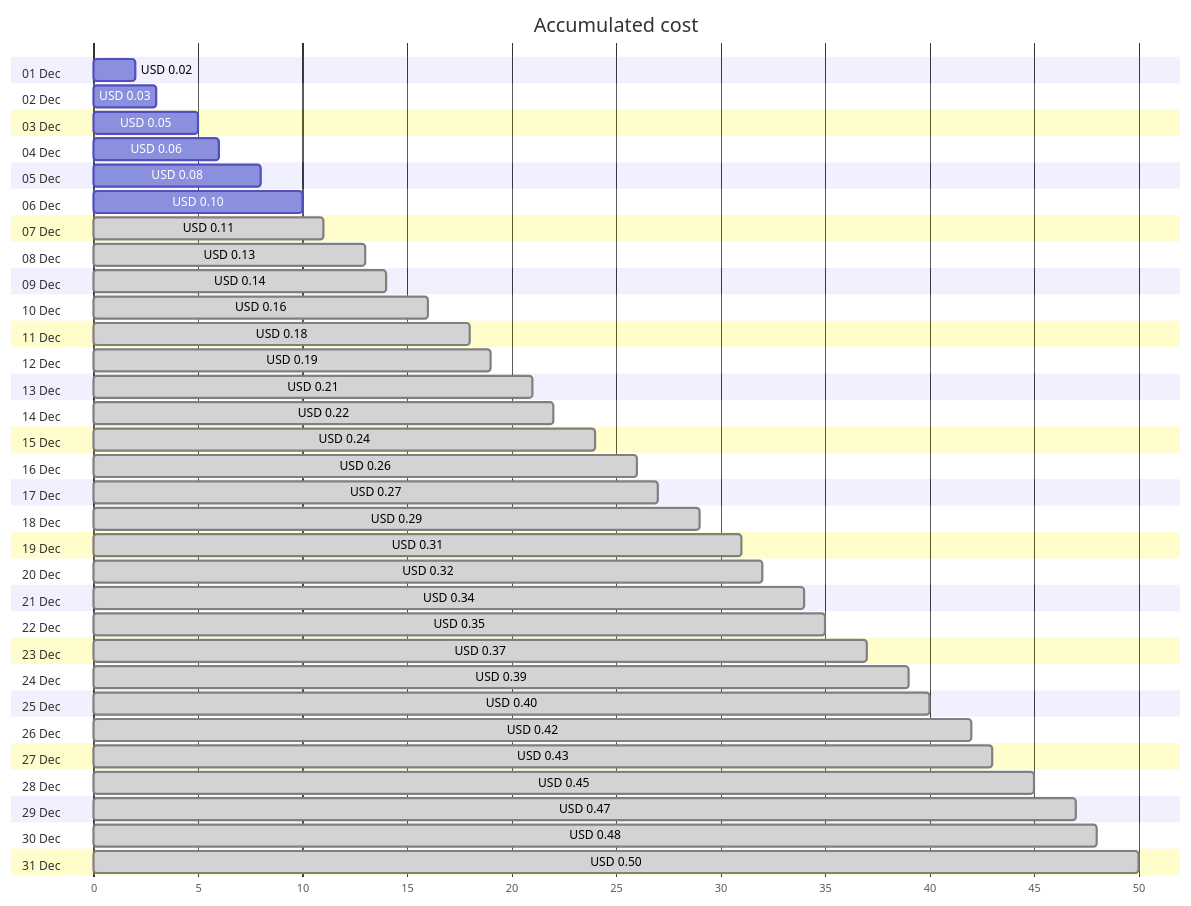
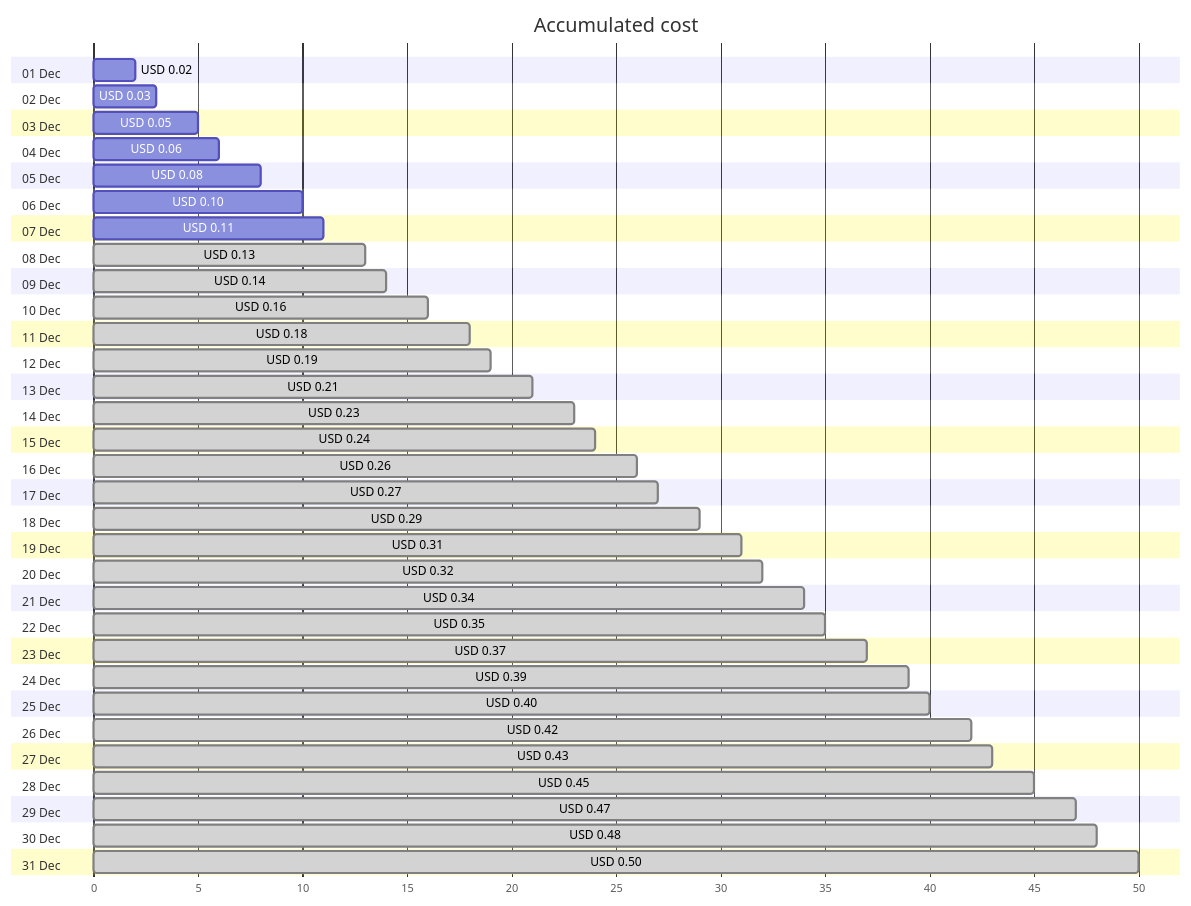
The first of 4 diagrams in cost-reports/personal-network/private.jpatrickfulton.com.md (jpfulton/azure-personal-reports), drawn with Mermaid before and after one commit. The commit also changed other lines of this file and 8 other files, not shown here.

````diff
--- a/cost-reports/personal-network/private.jpatrickfulton.com.md
+++ b/cost-reports/personal-network/private.jpatrickfulton.com.md
@@ -20,68 +20,68 @@
 ```mermaid
 gantt
    title Accumulated cost
    dateFormat  X
    axisFormat %s
    section 01 Dec
    USD 0.02 :0, 2
    section 02 Dec
    USD 0.03 :0, 3
    section 03 Dec
    USD 0.05 :0, 5
    section 04 Dec
    USD 0.06 :0, 6
    section 05 Dec
    USD 0.08 :0, 8
    section 06 Dec
    USD 0.10 :0, 10
    section 07 Dec
-   USD 0.11 : done, 0, 11
+   USD 0.11 :0, 11
    section 08 Dec
    USD 0.13 : done, 0, 13
    section 09 Dec
    USD 0.14 : done, 0, 14
    section 10 Dec
    USD 0.16 : done, 0, 16
    section 11 Dec
    USD 0.18 : done, 0, 18
    section 12 Dec
    USD 0.19 : done, 0, 19
    section 13 Dec
    USD 0.21 : done, 0, 21
    section 14 Dec
-   USD 0.22 : done, 0, 22
+   USD 0.23 : done, 0, 23
    section 15 Dec
    USD 0.24 : done, 0, 24
    section 16 Dec
    USD 0.26 : done, 0, 26
    section 17 Dec
    USD 0.27 : done, 0, 27
    section 18 Dec
    USD 0.29 : done, 0, 29
    section 19 Dec
    USD 0.31 : done, 0, 31
    section 20 Dec
    USD 0.32 : done, 0, 32
    section 21 Dec
    USD 0.34 : done, 0, 34
    section 22 Dec
    USD 0.35 : done, 0, 35
    section 23 Dec
    USD 0.37 : done, 0, 37
    section 24 Dec
    USD 0.39 : done, 0, 39
    section 25 Dec
    USD 0.40 : done, 0, 40
    section 26 Dec
    USD 0.42 : done, 0, 42
    section 27 Dec
    USD 0.43 : done, 0, 43
    section 28 Dec
    USD 0.45 : done, 0, 45
    section 29 Dec
    USD 0.47 : done, 0, 47
    section 30 Dec
    USD 0.48 : done, 0, 48
    section 31 Dec
    USD 0.50 : done, 0, 50
 ```
````
